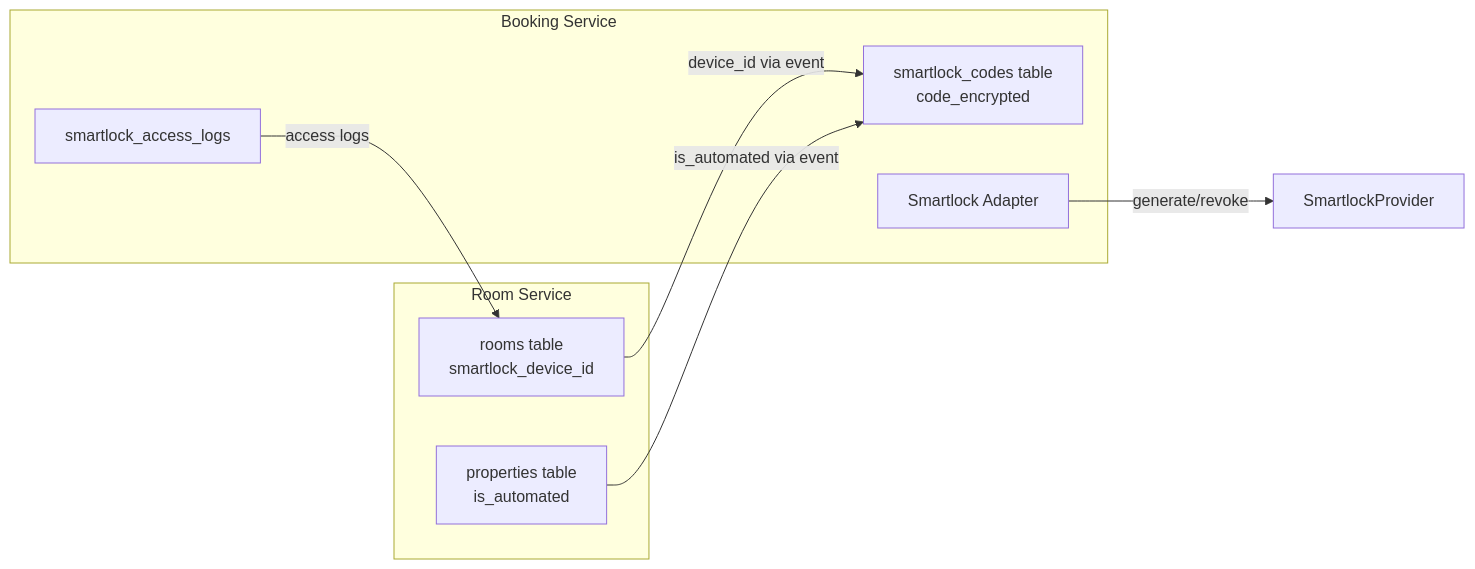
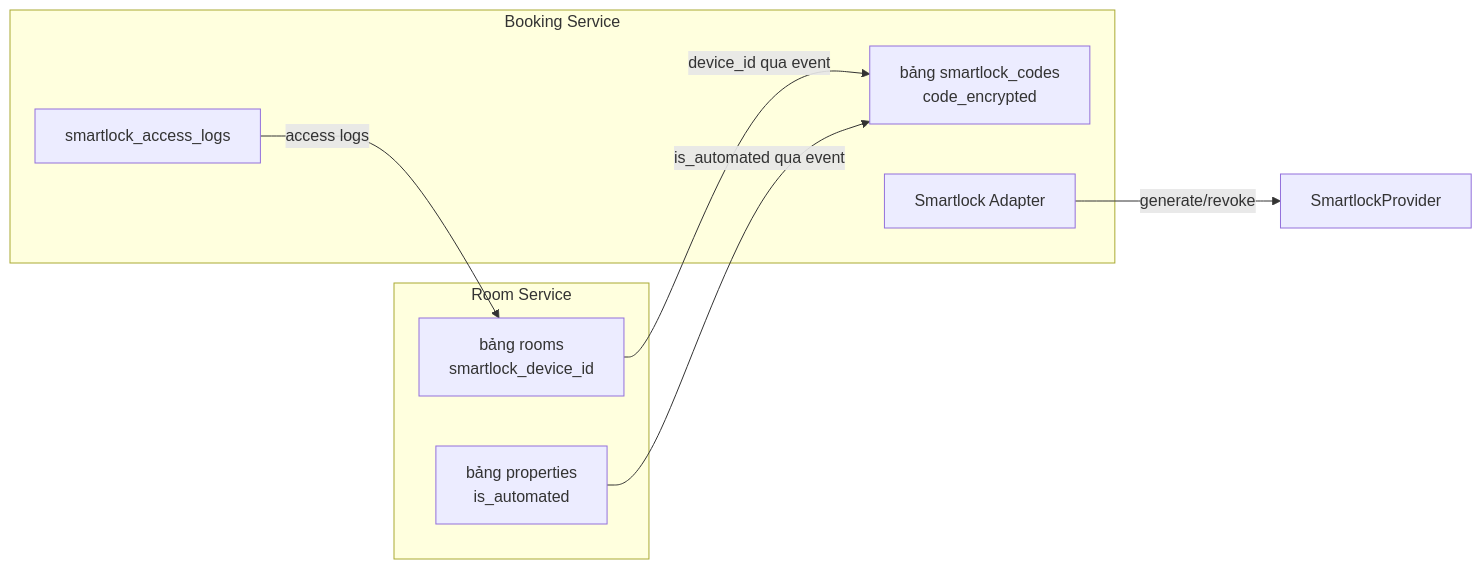
The eighth of 8 diagrams in AutoCheckinFlow.md (PhamVietHoangFPT/databaseHomi), drawn with Mermaid before and after one commit. The commit also changed other lines of this file and 3 other files, not shown here.

````diff
--- a/AutoCheckinFlow.md
+++ b/AutoCheckinFlow.md
@@ -529,18 +529,18 @@
 ```mermaid
 flowchart LR
     subgraph RoomService[Room Service]
-        RS1[rooms table<br/>smartlock_device_id]
-        RS2[properties table<br/>is_automated]
+        RS1[bảng rooms<br/>smartlock_device_id]
+        RS2[bảng properties<br/>is_automated]
     end
 
     subgraph BookingService[Booking Service]
-        BS1[smartlock_codes table<br/>code_encrypted]
+        BS1[bảng smartlock_codes<br/>code_encrypted]
         BS2[smartlock_access_logs]
         BS3[Smartlock Adapter]
     end
 
-    RS1 -->|device_id via event| BS1
-    RS2 -->|is_automated via event| BS1
+    RS1 -->|device_id qua event| BS1
+    RS2 -->|is_automated qua event| BS1
     BS2 -->|access logs| RS1
     BS3 -->|generate/revoke| SmartlockProvider
 ```
````
